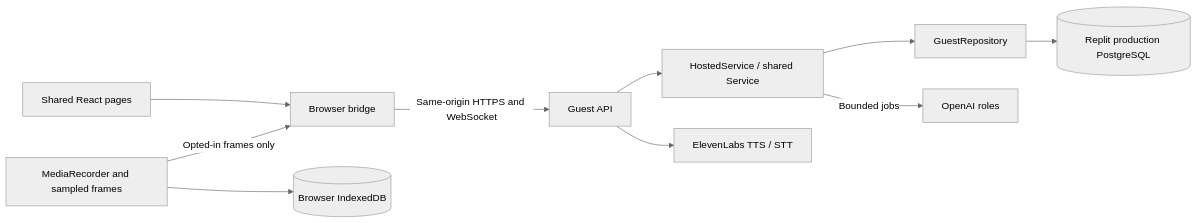
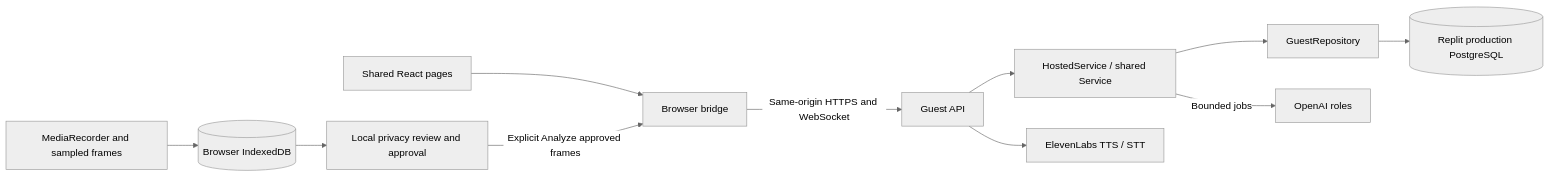
One commit to nsbarnett/hack-nation_eleven-labs changed the diagram in docs/REPLIT.md. Above: the diagram before and after it, drawn with Mermaid (neutral theme). The commit also changed other lines of this file and 44 other files, not shown here.

````diff
--- a/docs/REPLIT.md
+++ b/docs/REPLIT.md
@@ -28,12 +28,13 @@
 ```mermaid
 flowchart LR
     React[Shared React pages] --> Bridge[Browser bridge]
     Capture[MediaRecorder and sampled frames] --> IDB[(Browser IndexedDB)]
-    Capture -->|Opted-in frames only| Bridge
+    IDB --> Review[Local privacy review and approval]
+    Review -->|Explicit Analyze approved frames| Bridge
     Bridge -->|Same-origin HTTPS and WebSocket| Web[Guest API]
     Web --> Service[HostedService / shared Service]
     Service --> Repo[GuestRepository]
     Repo --> PG[(Replit production PostgreSQL)]
     Service -->|Bounded jobs| AI[OpenAI roles]
     Web --> Voice[ElevenLabs TTS / STT]
 ```
````
